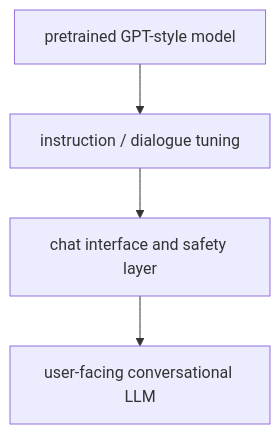
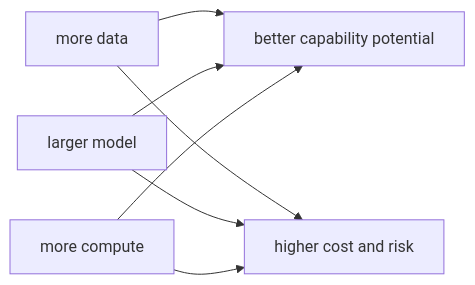
The diagram in docs/parts/part-05/chapter-06/section-02.md (devchan64/AiBook), drawn with Mermaid before and after one commit. The commit also changed other lines of this file and 47 other files, not shown here.

````diff
--- a/docs/parts/part-05/chapter-06/section-02.md
+++ b/docs/parts/part-05/chapter-06/section-02.md
@@ -127,9 +108,15 @@
 ```mermaid
-flowchart TD
-  A["pretrained GPT-style model"]
-  B["instruction / dialogue tuning"]
-  C["chat interface and safety layer"]
-  D["user-facing conversational LLM"]
+flowchart LR
+  A["more data"]
+  B["larger model"]
+  C["more compute"]
+  D["better capability potential"]
+  E["higher cost and risk"]
 
-  A --> B --> C --> D
+  A --> D
+  B --> D
+  C --> D
+  A --> E
+  B --> E
+  C --> E
 ```
````
